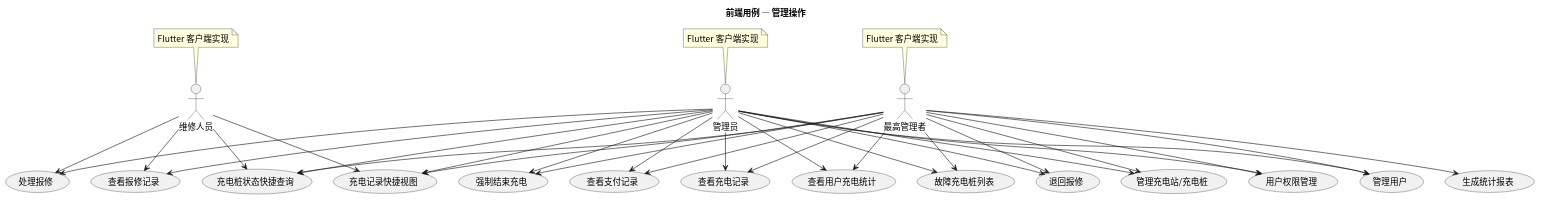
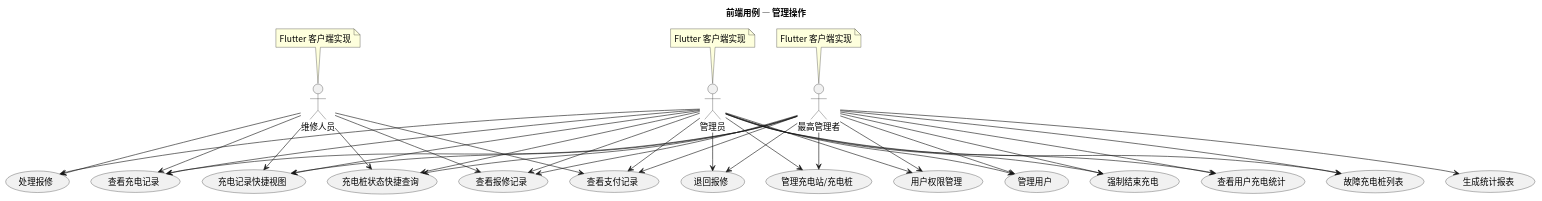
The diagram in usecase/docs/frontend/src/frontend_admin_usecases.puml (greenhandzdl/charging-station-doc), drawn with PlantUML before and after one commit. The commit also changed 7 other files, not shown here.

First line of the commit message:
fix: 第17轮架构一致性修复 — 6项跨图不一致问题

```diff
--- a/usecase/docs/frontend/src/frontend_admin_usecases.puml
+++ b/usecase/docs/frontend/src/frontend_admin_usecases.puml
@@ -1,59 +1,62 @@
 @startuml
 skinparam defaultFontName "Noto Sans CJK SC"
 skinparam defaultFontSize 14
 title 前端用例 — 管理操作
 skinparam useCaseShape rectangle
 
 actor "管理员" as A
 actor "维修人员" as M
 actor "最高管理者" as SA
 
 note top of A : Flutter 客户端实现
 note top of M : Flutter 客户端实现
 note top of SA : Flutter 客户端实现
 
 usecase "处理报修" as HR
 usecase "管理充电站/充电桩" as MM
 usecase "用户权限管理" as PM
 usecase "管理用户" as MU
 usecase "强制结束充电" as FSC
 usecase "生成统计报表" as GS
 usecase "充电桩状态快捷查询" as QC
 usecase "查看报修记录" as VR
 usecase "查看支付记录" as VPR
 usecase "查看充电记录" as VCR
 usecase "充电记录快捷视图" as QV
 usecase "查看用户充电统计" as UCS
 usecase "故障充电桩列表" as FCL
 usecase "退回报修" as RR
 
 A --> HR
 A --> VR
 A --> MM
 A --> PM
 A --> MU
 A --> FSC
 A --> QC
 A --> QV
 A --> VCR
 A --> VPR
 A --> UCS
 A --> RR
 A --> FCL
 SA --> FCL
 SA --> RR
+SA --> VR
 M --> HR
 M --> VR
+M --> VPR
+M --> VCR
 M --> QV
 M --> QC
 SA --> MM
 SA --> PM
 SA --> MU
 SA --> FSC
 SA --> GS
 SA --> VCR
 SA --> QC
 SA --> QV
 SA --> VPR
 SA --> UCS
 @enduml
```
